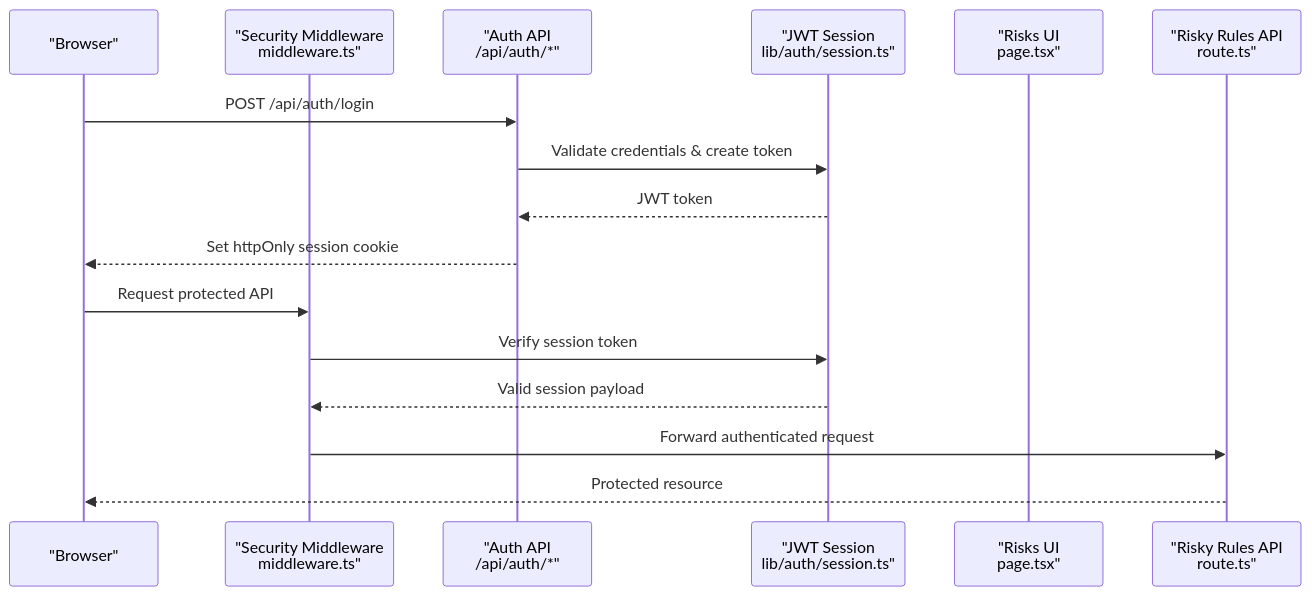
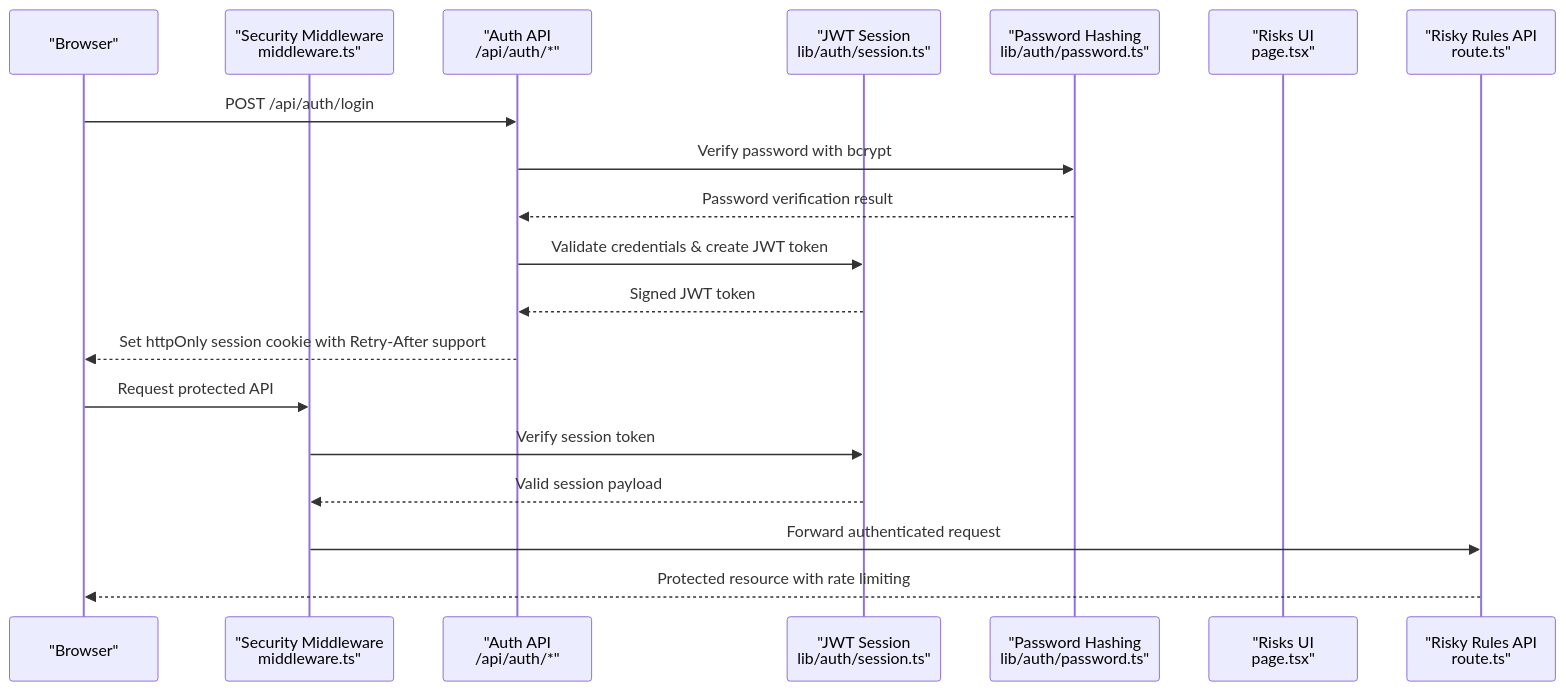
The second of 11 diagrams in .qoder/repowiki/en/content/Security Management/Security Management.md (celebigilfatih/infrascope), drawn with Mermaid before and after one commit. The commit also changed other lines of this file and 13 other files, not shown here.

````diff
--- a/.qoder/repowiki/en/content/Security Management/Security Management.md
+++ b/.qoder/repowiki/en/content/Security Management/Security Management.md
@@ -171,18 +185,21 @@
 ```mermaid
 sequenceDiagram
 participant Browser as "Browser"
 participant MW as "Security Middleware<br/>middleware.ts"
 participant Auth as "Auth API<br/>/api/auth/*"
 participant Session as "JWT Session<br/>lib/auth/session.ts"
+participant Password as "Password Hashing<br/>lib/auth/password.ts"
 participant UI_Risks as "Risks UI<br/>page.tsx"
 participant API_RR as "Risky Rules API<br/>route.ts"
 Browser->>Auth : POST /api/auth/login
-Auth->>Session : Validate credentials & create token
-Session-->>Auth : JWT token
-Auth-->>Browser : Set httpOnly session cookie
+Auth->>Password : Verify password with bcrypt
+Password-->>Auth : Password verification result
+Auth->>Session : Validate credentials & create JWT token
+Session-->>Auth : Signed JWT token
+Auth-->>Browser : Set httpOnly session cookie with Retry-After support
 Browser->>MW : Request protected API
 MW->>Session : Verify session token
 Session-->>MW : Valid session payload
 MW->>API_RR : Forward authenticated request
-API_RR-->>Browser : Protected resource
+API_RR-->>Browser : Protected resource with rate limiting
 ```
````
